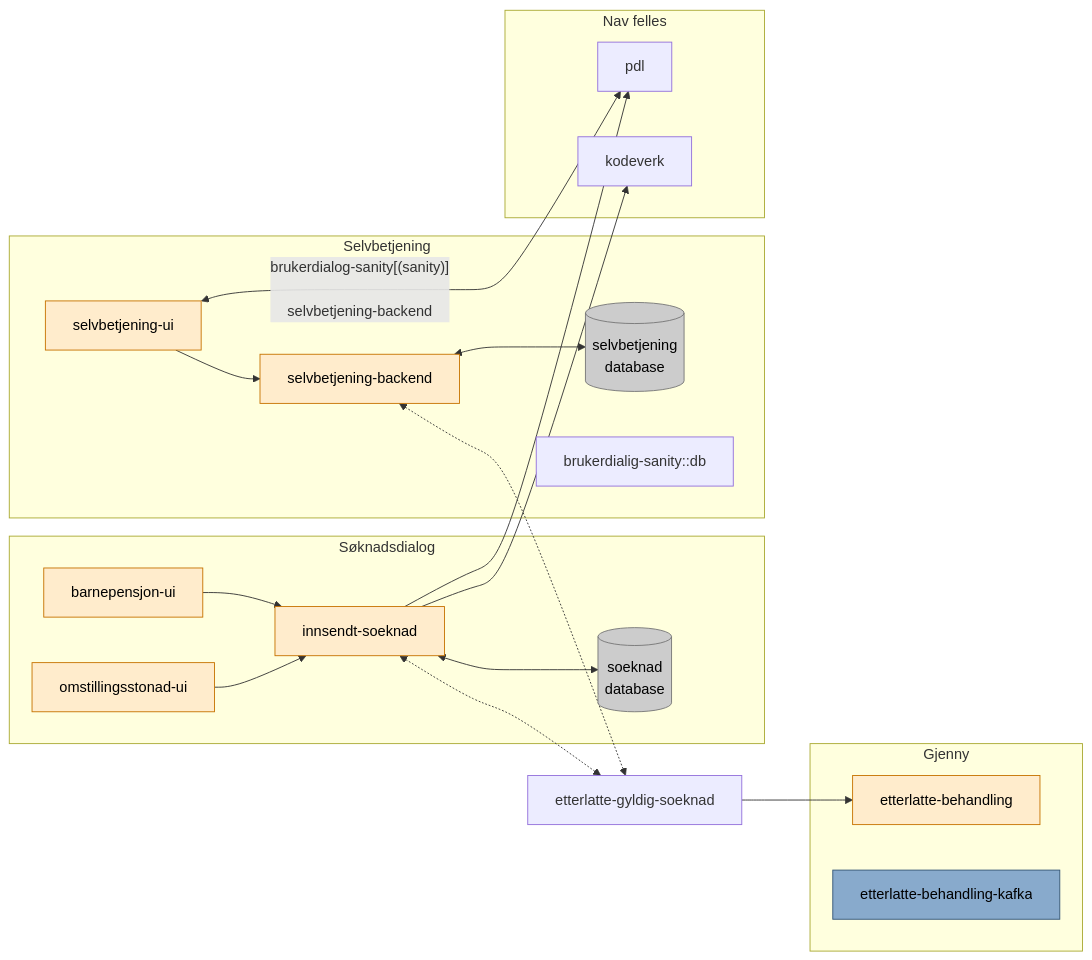
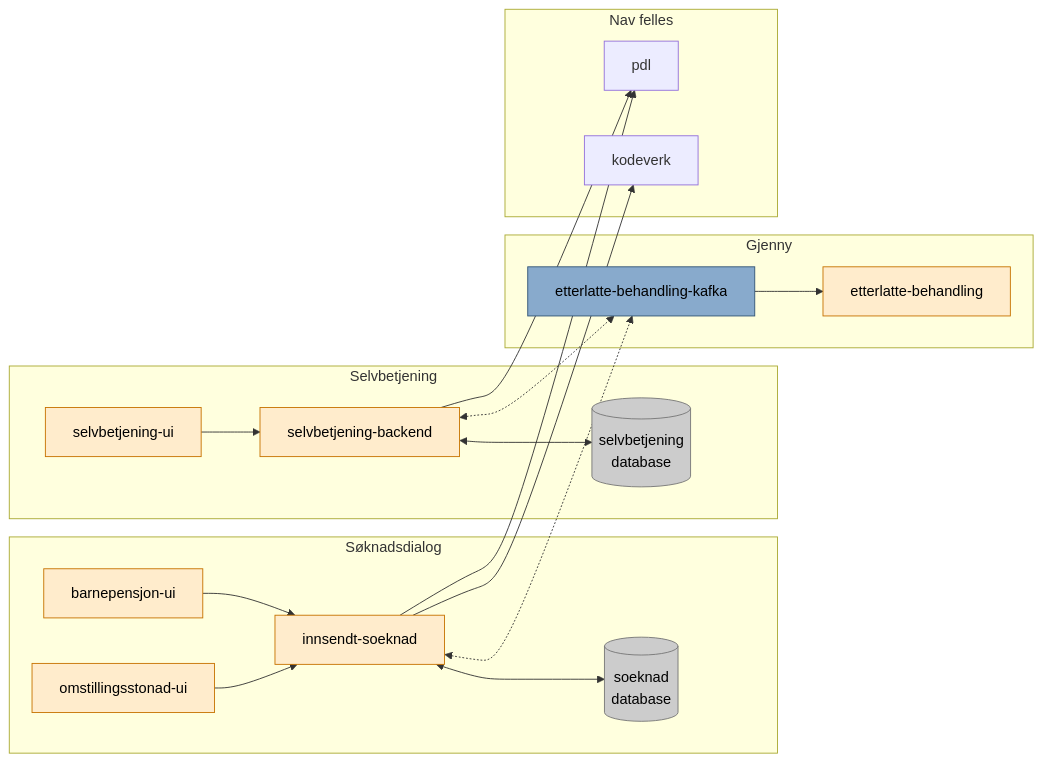
Before and after one commit to navikt/pensjon-etterlatte: the diagram in README.md, drawn with Mermaid.

````diff
--- a/README.md
+++ b/README.md
@@ -29,48 +29,46 @@
 ```mermaid
 flowchart LR
 
 classDef app fill:#ffeccc,color:#000,stroke:#c77300
 classDef river fill:#88AACC,color:#000,stroke:#335577
 classDef db fill:#ccc,color:#000,stroke:#777
 classDef text fill:none,color:#ddd
 
 barnepensjon-ui --> innsendt-soeknad
 omstillingsstonad-ui --> innsendt-soeknad
 selvbetjening-ui --> selvbetjening-backend
-selvbetjening-ui <-- brukerdialog-sanity[(sanity)]
 
 selvbetjening-backend --> pdl
 selvbetjening-backend <--> selvbetjening-backend-v2[(selvbetjening <br/> database)]
-selvbetjening-backend <-.-> etterlatte-gyldig-soeknad
+selvbetjening-backend <-.-> etterlatte-behandling-kafka
 
-innsendt-soeknad <-.-> etterlatte-gyldig-soeknad
-etterlatte-gyldig-soeknad --> etterlatte-behandling
+innsendt-soeknad <-.-> etterlatte-behandling-kafka
+etterlatte-behandling-kafka --> etterlatte-behandling
 
 innsendt-soeknad --> pdl
 innsendt-soeknad --> kodeverk
 innsendt-soeknad <--> innsendt-soeknad-v2[(soeknad <br/> database)]
 
 subgraph frontend["Søknadsdialog"]
     barnepensjon-ui:::app
     omstillingsstonad-ui:::app
     innsendt-soeknad:::app
     innsendt-soeknad-v2:::db
 end
 
 subgraph selvbetjening["Selvbetjening"]
     selvbetjening-ui:::app
     selvbetjening-backend:::app
     selvbetjening-backend-v2:::db
-    brukerdialig-sanity::db
 end
 
 subgraph gjenny["Gjenny"]
     etterlatte-behandling-kafka:::river
     etterlatte-behandling:::app
 end
 
 subgraph ekstern["Nav felles"]
     kodeverk
     pdl
 end
 ```
````
